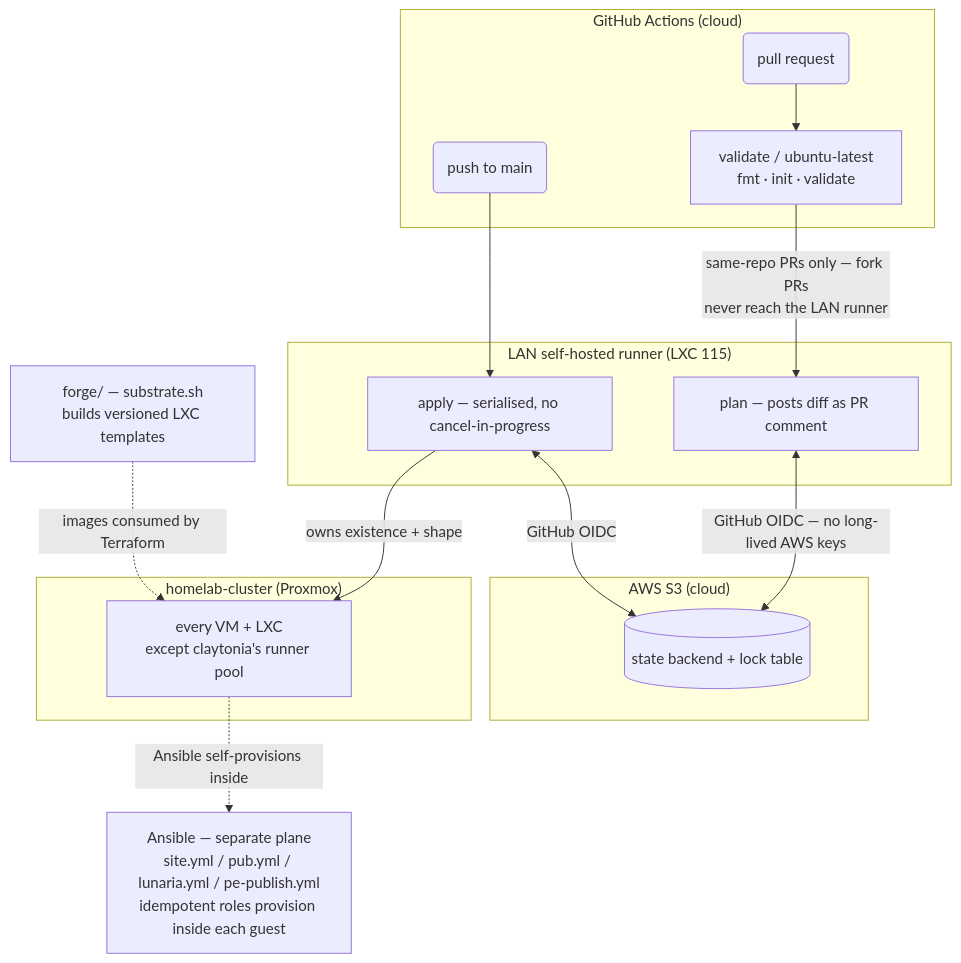
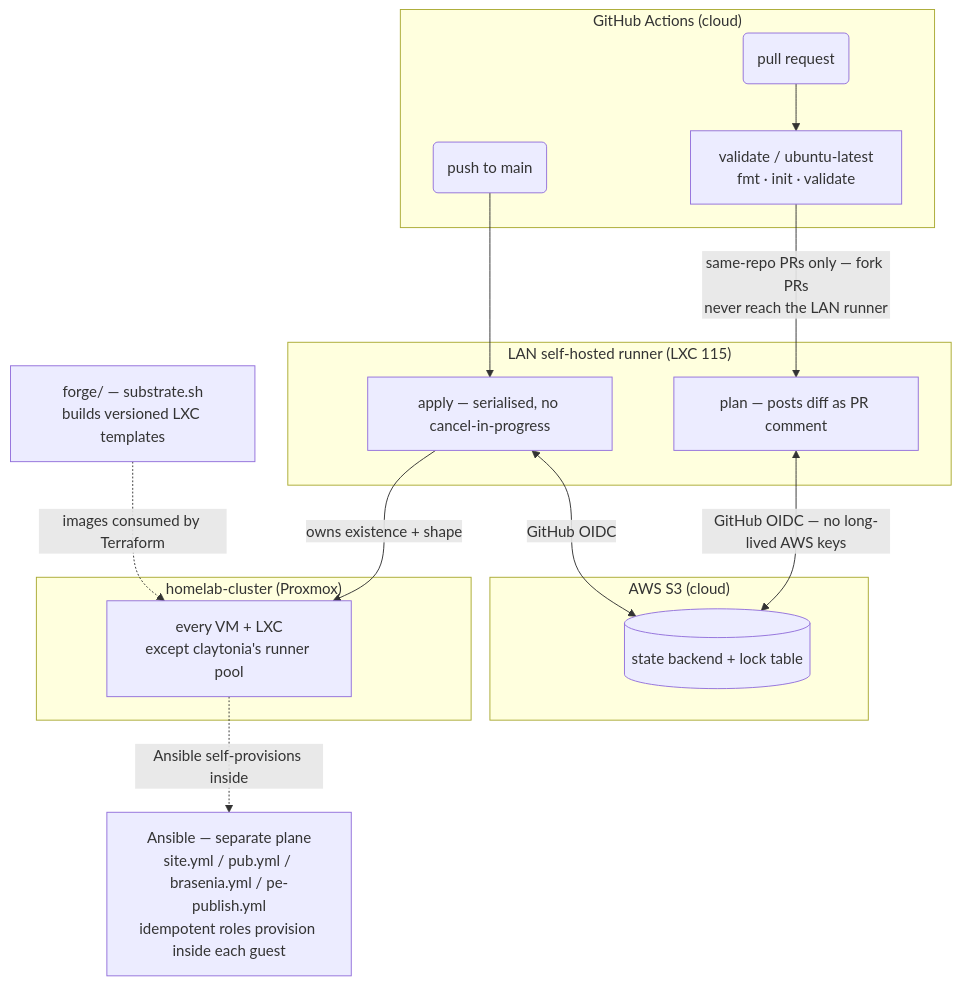
One commit to lentago/kalmia changed the diagram in README.md. Above: the diagram before and after it, drawn with Mermaid. The commit also changed other lines of this file and 25 other files, not shown here.

First line of the commit message:
Rename lunaria to brasenia through runtime: rebuild LXC 118 as brasenia (#211)

````diff
--- a/README.md
+++ b/README.md
@@ -25,33 +25,33 @@
 ```mermaid
 graph TB
     subgraph github ["GitHub Actions (cloud)"]
         PR("pull request")
         PUSH("push to main")
         VALIDATE["validate / ubuntu-latest\nfmt · init · validate"]
     end
 
     subgraph aws ["AWS S3 (cloud)"]
         STATE[("state backend + lock table")]
     end
 
     subgraph runner ["LAN self-hosted runner (LXC 115)"]
         PLAN["plan — posts diff as PR comment"]
         APPLY["apply — serialised, no cancel-in-progress"]
     end
 
     subgraph pve ["homelab-cluster (Proxmox)"]
         GUESTS["every VM + LXC\nexcept claytonia's runner pool"]
     end
 
     FORGE["forge/ — substrate.sh\nbuilds versioned LXC templates"]
-    ANSIBLE["Ansible — separate plane\nsite.yml / pub.yml / lunaria.yml / pe-publish.yml\nidempotent roles provision inside each guest"]
+    ANSIBLE["Ansible — separate plane\nsite.yml / pub.yml / brasenia.yml / pe-publish.yml\nidempotent roles provision inside each guest"]
 
     PR --> VALIDATE
     VALIDATE -->|"same-repo PRs only — fork PRs\nnever reach the LAN runner"| PLAN
     PUSH --> APPLY
     PLAN <-->|"GitHub OIDC — no long-lived AWS keys"| STATE
     APPLY <-->|"GitHub OIDC"| STATE
     APPLY -->|"owns existence + shape"| GUESTS
     FORGE -.->|"images consumed by Terraform"| GUESTS
     GUESTS -.->|"Ansible self-provisions inside"| ANSIBLE
 ```
````
